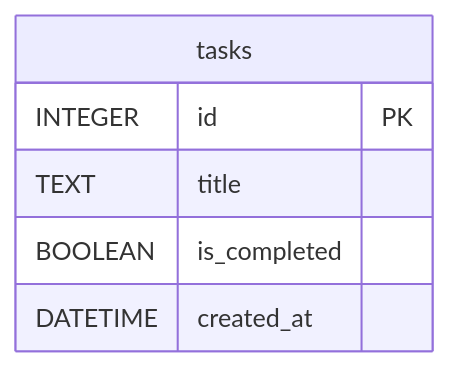
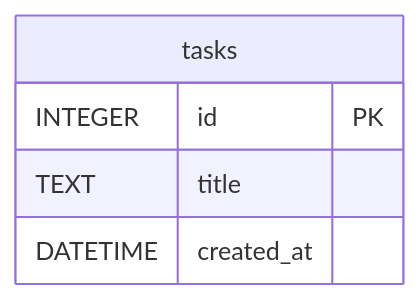
The diagram in docs/DB_DESIGN.md (D1420306/daily-to-do-list), drawn with Mermaid before and after one commit. The commit also changed other lines of this file and 8 other files, not shown here.

````diff
--- a/docs/DB_DESIGN.md
+++ b/docs/DB_DESIGN.md
@@ -7,9 +7,8 @@
 ```mermaid
 erDiagram
   tasks {
     INTEGER id PK
     TEXT title
-    BOOLEAN is_completed
     DATETIME created_at
   }
 ```
````
